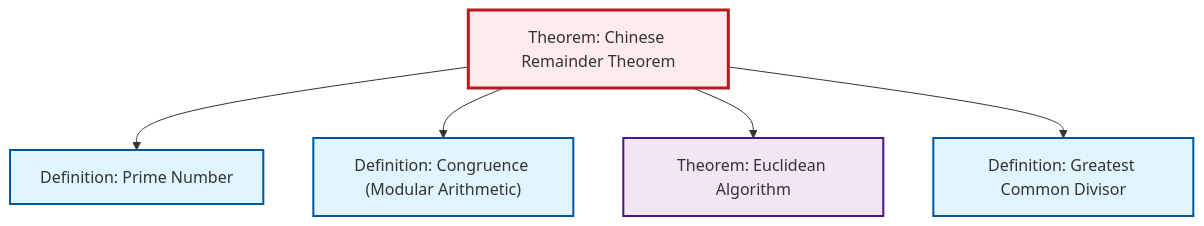
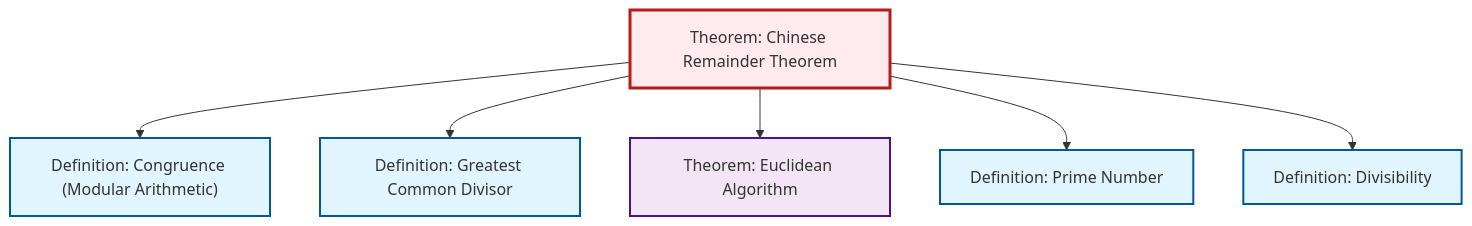
The diagram in content/ja/number-theory/thm-chinese-remainder.qmd (RK0429/ModernMath), drawn with Mermaid before and after one commit. The commit also changed 531 other files, not shown here.

````diff
--- a/content/ja/number-theory/thm-chinese-remainder.qmd
+++ b/content/ja/number-theory/thm-chinese-remainder.qmd
@@ -89,23 +89,26 @@
 ```{mermaid}
 %%| fig-cap: "Local dependency graph"
 graph TD
     classDef definition fill:#e1f5fe,stroke:#01579b,stroke-width:2px
     classDef theorem fill:#f3e5f5,stroke:#4a148c,stroke-width:2px
     classDef axiom fill:#fff3e0,stroke:#e65100,stroke-width:2px
     classDef example fill:#e8f5e9,stroke:#1b5e20,stroke-width:2px
     classDef current fill:#ffebee,stroke:#b71c1c,stroke-width:3px
+    thm-chinese-remainder["Theorem: Chinese Remainder Theorem"]:::theorem
+    def-divisibility["Definition: Divisibility"]:::definition
+    def-congruence["Definition: Congruence (Modular Arithmetic)"]:::definition
+    def-gcd["Definition: Greatest Common Divisor"]:::definition
     def-prime["Definition: Prime Number"]:::definition
-    def-gcd["Definition: Greatest Common Divisor"]:::definition
-    thm-chinese-remainder["Theorem: Chinese Remainder Theorem"]:::theorem
     thm-euclidean-algorithm["Theorem: Euclidean Algorithm"]:::theorem
-    def-congruence["Definition: Congruence (Modular Arithmetic)"]:::definition
+    thm-chinese-remainder --> def-congruence
+    thm-chinese-remainder --> def-gcd
+    thm-chinese-remainder --> thm-euclidean-algorithm
     thm-chinese-remainder --> def-prime
-    thm-chinese-remainder --> def-congruence
-    thm-chinese-remainder --> thm-euclidean-algorithm
-    thm-chinese-remainder --> def-gcd
+    thm-chinese-remainder --> def-divisibility
     class thm-chinese-remainder current
+    click def-divisibility "def-divisibility.html" "Definition: Divisibilityへ"
+    click def-congruence "def-congruence.html" "Definition: Congruence (Modular Arithmetic)へ"
+    click def-gcd "def-gcd.html" "Definition: Greatest Common Divisorへ"
     click def-prime "def-prime.html" "Definition: Prime Numberへ"
-    click def-gcd "def-gcd.html" "Definition: Greatest Common Divisorへ"
     click thm-euclidean-algorithm "thm-euclidean-algorithm.html" "Theorem: Euclidean Algorithmへ"
-    click def-congruence "def-congruence.html" "Definition: Congruence (Modular Arithmetic)へ"
 ```
````
